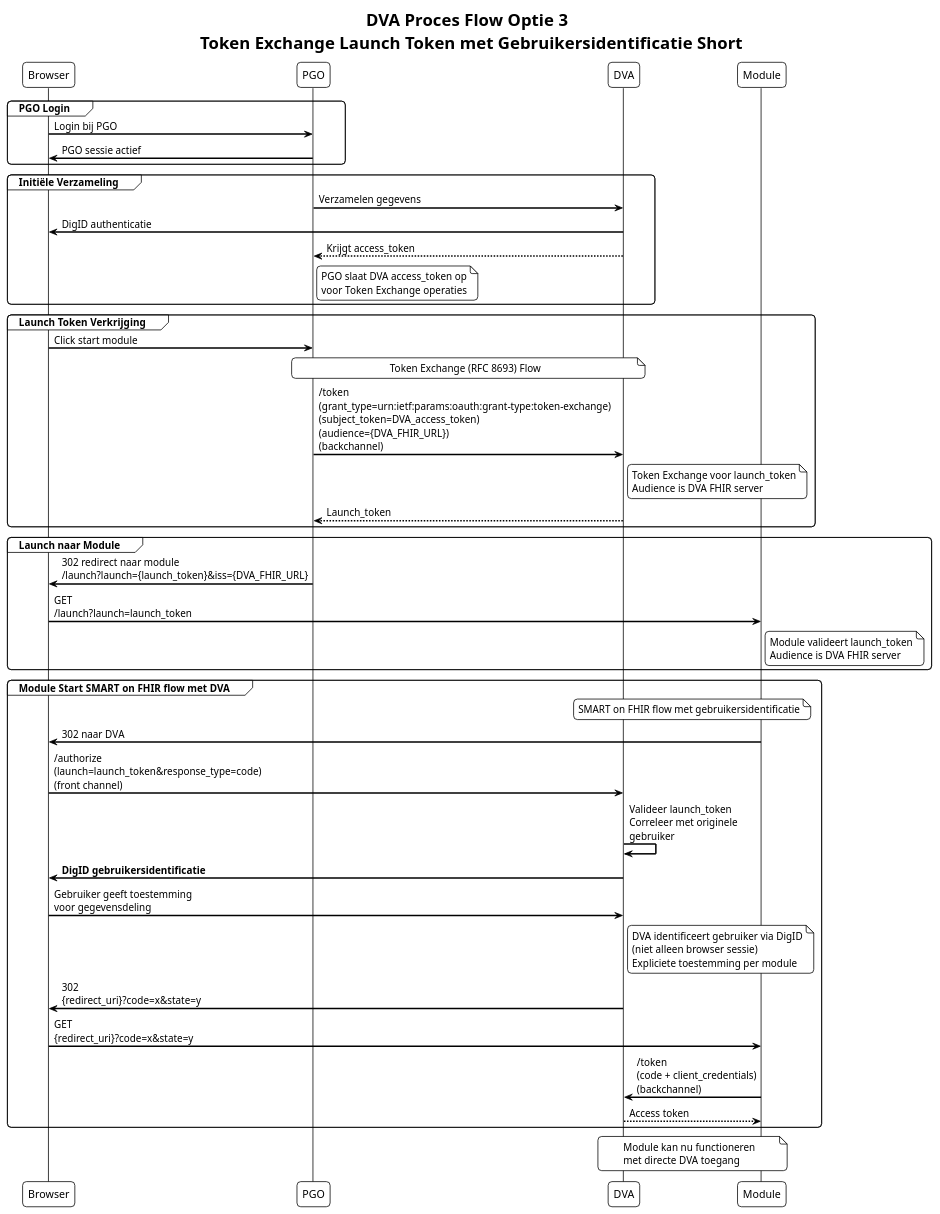
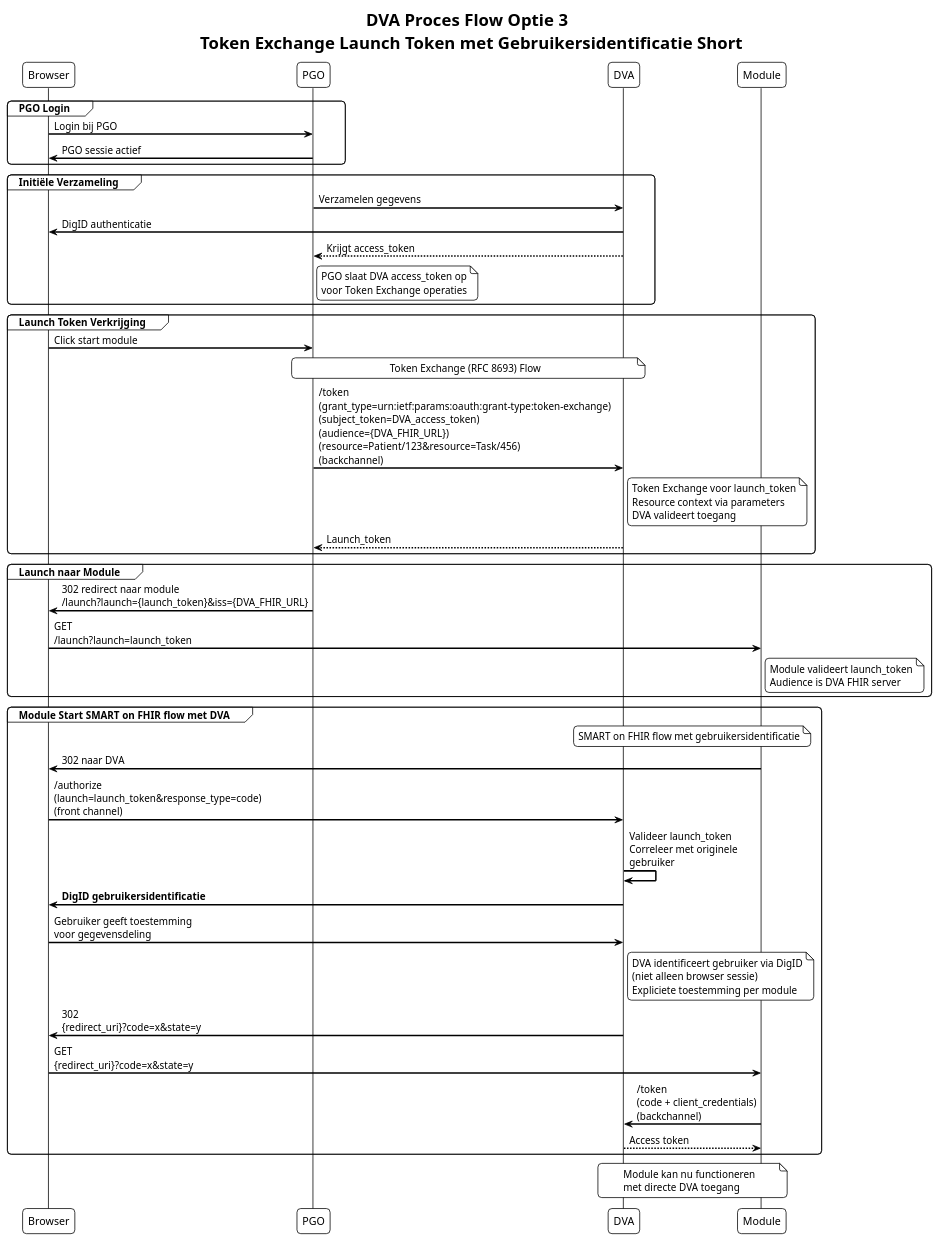
One commit to KoppelMij/koppelmij-designs changed the diagram in input/images-source/koppelmij_option_3a_short.plantuml. Above: the diagram before and after it, drawn with PlantUML. The commit also changed 2 other files, not shown here.

Commit message:
Add resource context validation to Option 3a Token Exchange flow: update diagrams and documentation with resource parameters, validation, and launch_token details.

```diff
--- a/input/images-source/koppelmij_option_3a_short.plantuml
+++ b/input/images-source/koppelmij_option_3a_short.plantuml
@@ -1,71 +1,72 @@
 @startuml
 title DVA Proces Flow Optie 3 \n Token Exchange Launch Token met Gebruikersidentificatie Short
 !theme plain
 skinparam backgroundColor white
 skinparam sequenceArrowThickness 2
 skinparam roundcorner 10
 skinparam maxMessageSize 200
 
 participant "Browser" as BR
 participant "PGO" as PGO
 participant "DVA" as DVA
 participant "Module" as MOD
 
 group PGO Login
 BR -> PGO : Login bij PGO
 PGO -> BR : PGO sessie actief
 end
 
 group Initiële Verzameling
 PGO -> DVA : Verzamelen gegevens
 DVA -> BR: DigID authenticatie
 DVA --> PGO : Krijgt access_token
 note right of PGO
 PGO slaat DVA access_token op
 voor Token Exchange operaties
 end note
 end
 
 group Launch Token Verkrijging
 BR -> PGO : Click start module
 note over PGO, DVA : Token Exchange (RFC 8693) Flow
-PGO -> DVA : /token\n(grant_type=urn:ietf:params:oauth:grant-type:token-exchange)\n(subject_token=DVA_access_token)\n(audience={DVA_FHIR_URL})\n(backchannel)
+PGO -> DVA : /token\n(grant_type=urn:ietf:params:oauth:grant-type:token-exchange)\n(subject_token=DVA_access_token)\n(audience={DVA_FHIR_URL})\n(resource=Patient/123&resource=Task/456)\n(backchannel)
 note right of DVA
 Token Exchange voor launch_token
-Audience is DVA FHIR server
+Resource context via parameters
+DVA valideert toegang
 end note
 DVA --> PGO : Launch_token
 end
 
 group Launch naar Module
 PGO -> BR : 302 redirect naar module\n/launch?launch={launch_token}&iss={DVA_FHIR_URL}
 BR -> MOD : GET /launch?launch=launch_token
 note right of MOD
 Module valideert launch_token
 Audience is DVA FHIR server
 end note
 end
 
 group Module Start SMART on FHIR flow met DVA
 note over MOD, DVA : SMART on FHIR flow met gebruikersidentificatie
 
 MOD -> BR : 302 naar DVA
 BR -> DVA : /authorize\n(launch=launch_token&response_type=code)\n(front channel)
 DVA -> DVA : Valideer launch_token\nCorreleer met originele gebruiker
 DVA -> BR : **DigID gebruikersidentificatie**
 BR -> DVA : Gebruiker geeft toestemming\nvoor gegevensdeling
 note right of DVA
 DVA identificeert gebruiker via DigID
 (niet alleen browser sessie)
 Expliciete toestemming per module
 end note
 DVA -> BR : 302 {redirect_uri}?code=x&state=y
 BR -> MOD : GET {redirect_uri}?code=x&state=y
 
 MOD -> DVA : /token\n(code + client_credentials)\n(backchannel)
 DVA --> MOD : Access token
 end
 
 note over MOD, DVA : Module kan nu functioneren\nmet directe DVA toegang
 
 @enduml
```
